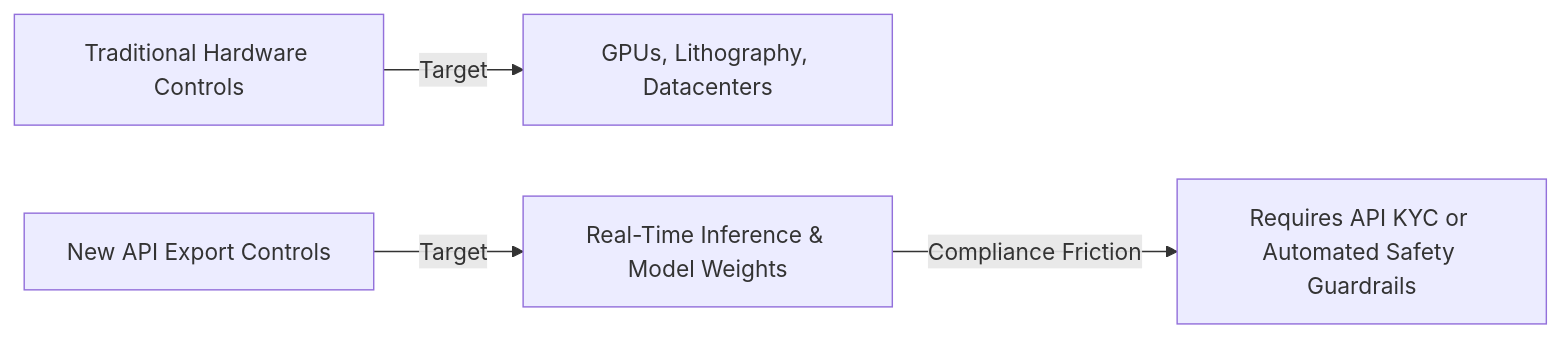
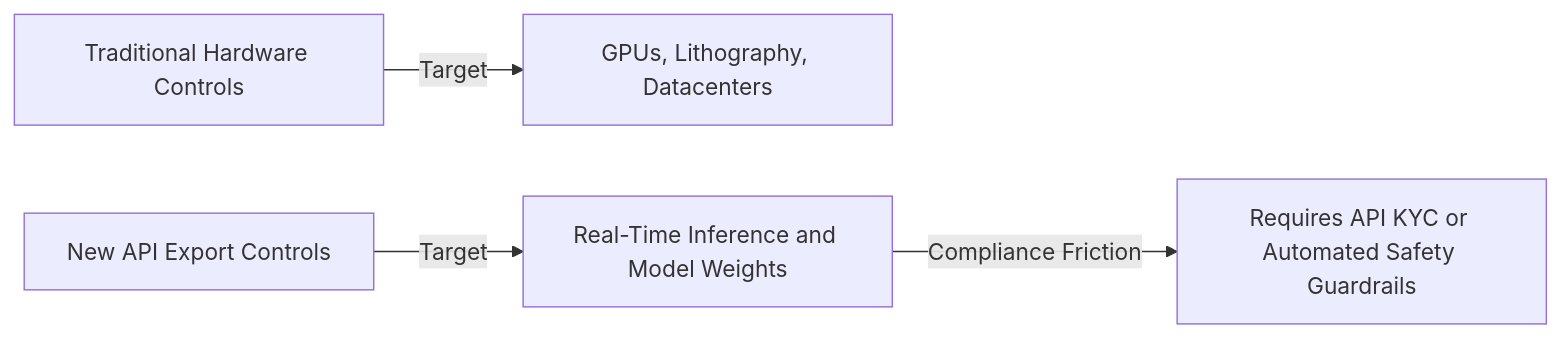
One commit to soroushdty/soroushdty.github.io changed the second of 3 diagrams in content/blog/anthropic-fable-reopened/index.md. Above: the diagram before and after it, drawn with Mermaid. The commit also changed other lines of this file, not shown here.

Commit message:
fix(blog): resolve mermaid diagram syntax errors

````diff
--- a/content/blog/anthropic-fable-reopened/index.md
+++ b/content/blog/anthropic-fable-reopened/index.md
@@ -91,6 +91,6 @@
 ```mermaid
 flowchart LR
     A["Traditional Hardware Controls"] -->|Target| B["GPUs, Lithography, Datacenters"]
-    C["New API Export Controls"] -->|Target| D["Real-Time Inference & Model Weights"]
+    C["New API Export Controls"] -->|Target| D["Real-Time Inference and Model Weights"]
     D -->|Compliance Friction| E["Requires API KYC or Automated Safety Guardrails"]
 ```
````
